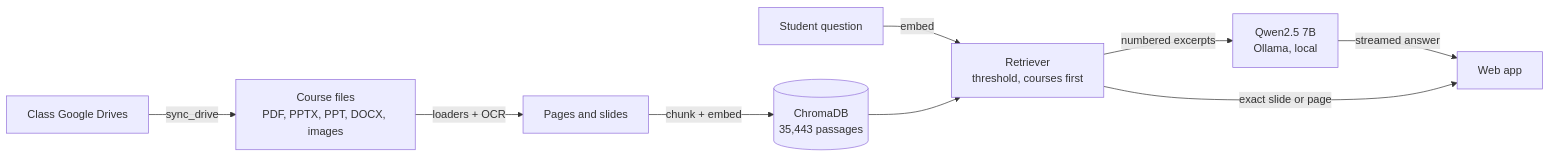
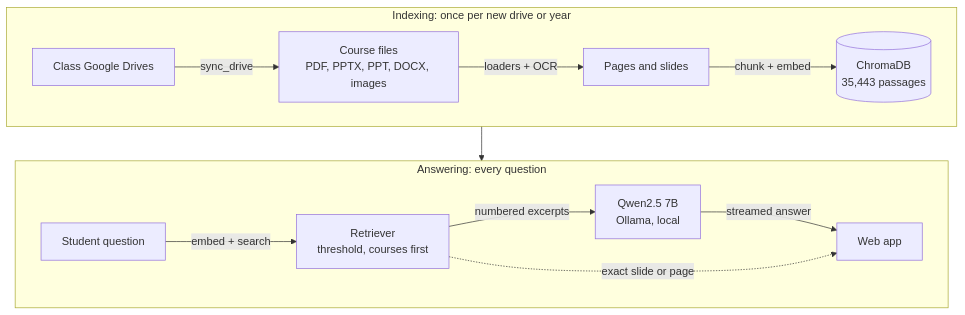
One commit to Med00amine/RAG-For-MedStudy-AI changed the diagram in README.md. Above: the diagram before and after it, drawn with Mermaid.

Commit message:
Draw the pipeline diagram as two readable rows

````diff
--- a/README.md
+++ b/README.md
@@ -129,11 +129,17 @@
 ```mermaid
-flowchart LR
-    A["Class Google Drives"] -->|sync_drive| B["Course files<br/>PDF, PPTX, PPT, DOCX, images"]
-    B -->|"loaders + OCR"| C["Pages and slides"]
-    C -->|"chunk + embed"| D[("ChromaDB<br/>35,443 passages")]
-    Q["Student question"] -->|embed| R["Retriever<br/>threshold, courses first"]
-    D --> R
-    R -->|"numbered excerpts"| L["Qwen2.5 7B<br/>Ollama, local"]
-    L -->|"streamed answer"| W["Web app"]
-    R -->|"exact slide or page"| W
+flowchart TB
+    subgraph indexing["Indexing: once per new drive or year"]
+        direction LR
+        A["Class Google Drives"] -->|sync_drive| B["Course files<br/>PDF, PPTX, PPT, DOCX, images"]
+        B -->|"loaders + OCR"| C["Pages and slides"]
+        C -->|"chunk + embed"| D[("ChromaDB<br/>35,443 passages")]
+    end
+    subgraph answering["Answering: every question"]
+        direction LR
+        Q["Student question"] -->|"embed + search"| R["Retriever<br/>threshold, courses first"]
+        R -->|"numbered excerpts"| L["Qwen2.5 7B<br/>Ollama, local"]
+        L -->|"streamed answer"| W["Web app"]
+        R -.->|"exact slide or page"| W
+    end
+    indexing --> answering
 ```
````
